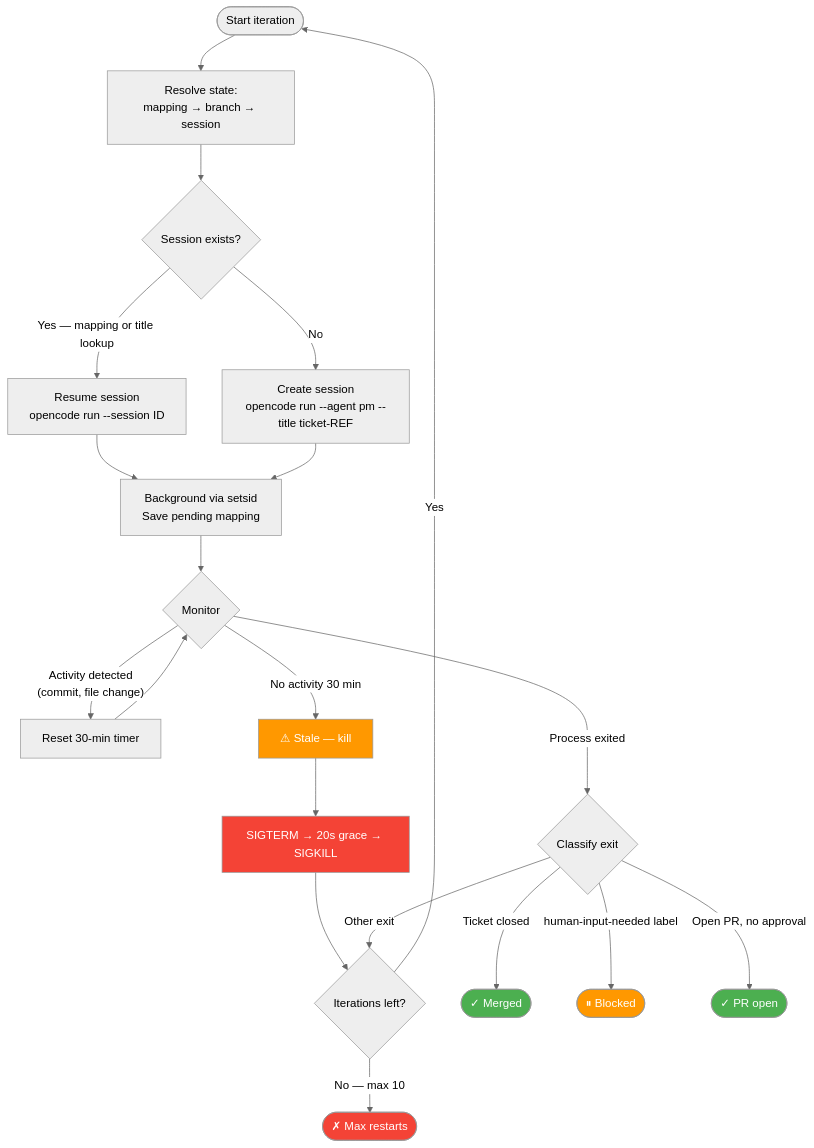
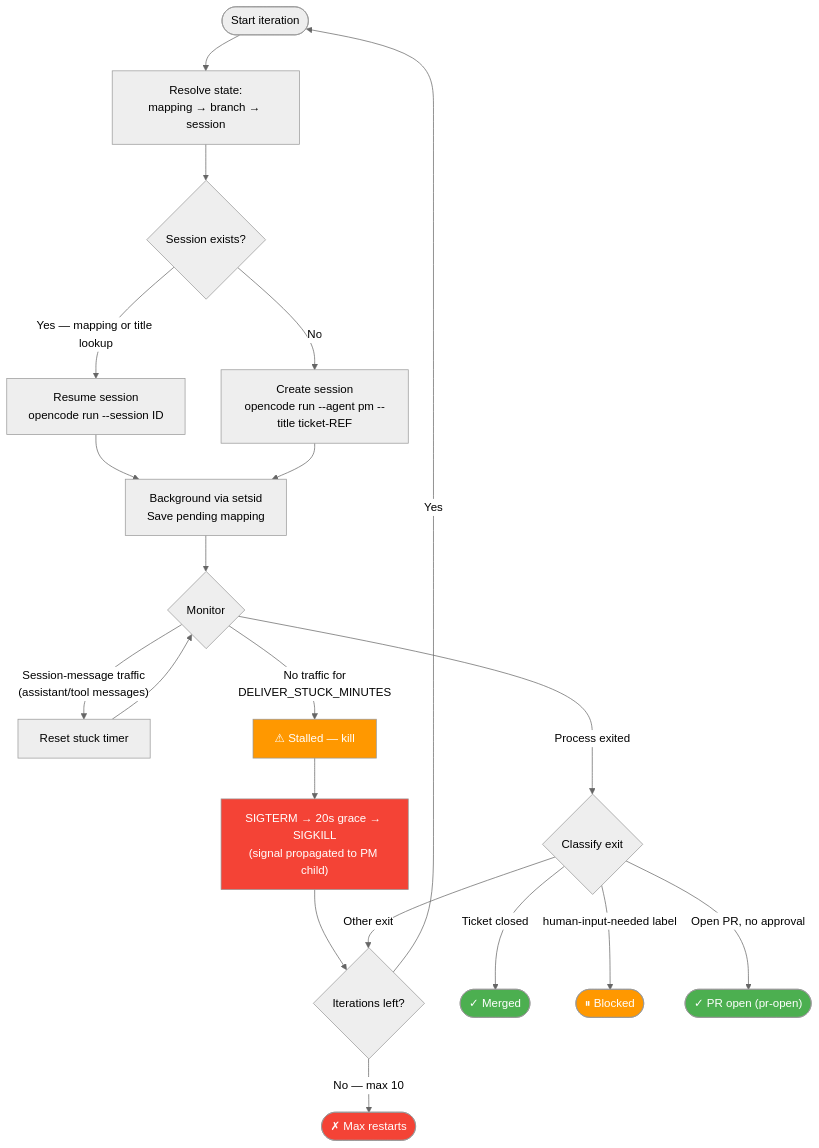
The second of 5 diagrams in doc/guides/autonomous-batch-delivery.md (juliusz-cwiakalski/marksync), drawn with Mermaid (neutral theme) before and after one commit. The commit also changed other lines of this file and 9 other files, not shown here.

````diff
--- a/doc/guides/autonomous-batch-delivery.md
+++ b/doc/guides/autonomous-batch-delivery.md
@@ -93,29 +113,29 @@
 ```mermaid
 flowchart TD
     START([Start iteration]) --> RESOLVE["Resolve state:<br/>mapping → branch → session"]
     RESOLVE --> FIND{Session exists?}
     FIND -->|Yes — mapping or title lookup| RESUME["Resume session<br/>opencode run --session ID"]
     FIND -->|No| CREATE["Create session<br/>opencode run --agent pm --title ticket-REF"]
     RESUME --> BG["Background via setsid<br/>Save pending mapping"]
     CREATE --> BG
     BG --> MON{Monitor}
-    MON -->|"Activity detected<br/>(commit, file change)"| RESET["Reset 30-min timer"]
+    MON -->|"Session-message traffic<br/>(assistant/tool messages)"| RESET["Reset stuck timer"]
     RESET --> MON
-    MON -->|"No activity 30 min"| STALE["⚠ Stale — kill"]
+    MON -->|"No traffic for<br/>DELIVER_STUCK_MINUTES"| STALE["⚠ Stalled — kill"]
     MON -->|"Process exited"| EXIT{Classify exit}
-    STALE --> KILL["SIGTERM → 20s grace → SIGKILL"]
+    STALE --> KILL["SIGTERM → 20s grace → SIGKILL<br/>(signal propagated to PM child)"]
     KILL --> RESTART{Iterations left?}
     EXIT -->|"Ticket closed"| DONE_M(["✓ Merged"])
     EXIT -->|"human-input-needed label"| DONE_B(["⏸ Blocked"])
-    EXIT -->|"Open PR, no approval"| DONE_P(["✓ PR open"])
+    EXIT -->|"Open PR, no approval"| DONE_P(["✓ PR open (pr-open)"])
     EXIT -->|"Other exit"| RESTART
     RESTART -->|Yes| START
     RESTART -->|"No — max 10"| FAIL(["✗ Max restarts"])
 
     style DONE_M fill:#4CAF50,color:#fff
     style DONE_P fill:#4CAF50,color:#fff
     style DONE_B fill:#FF9800,color:#fff
     style FAIL fill:#f44336,color:#fff
     style STALE fill:#FF9800,color:#fff
     style KILL fill:#f44336,color:#fff
 ```
````
